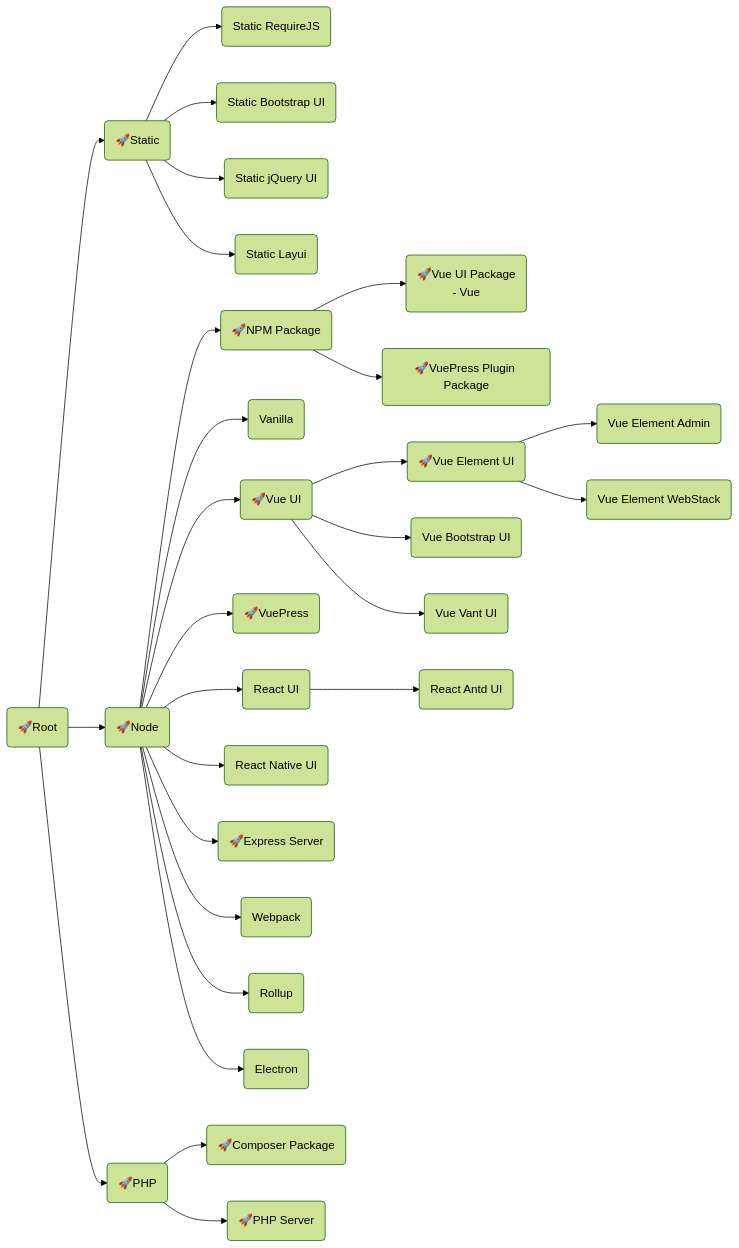
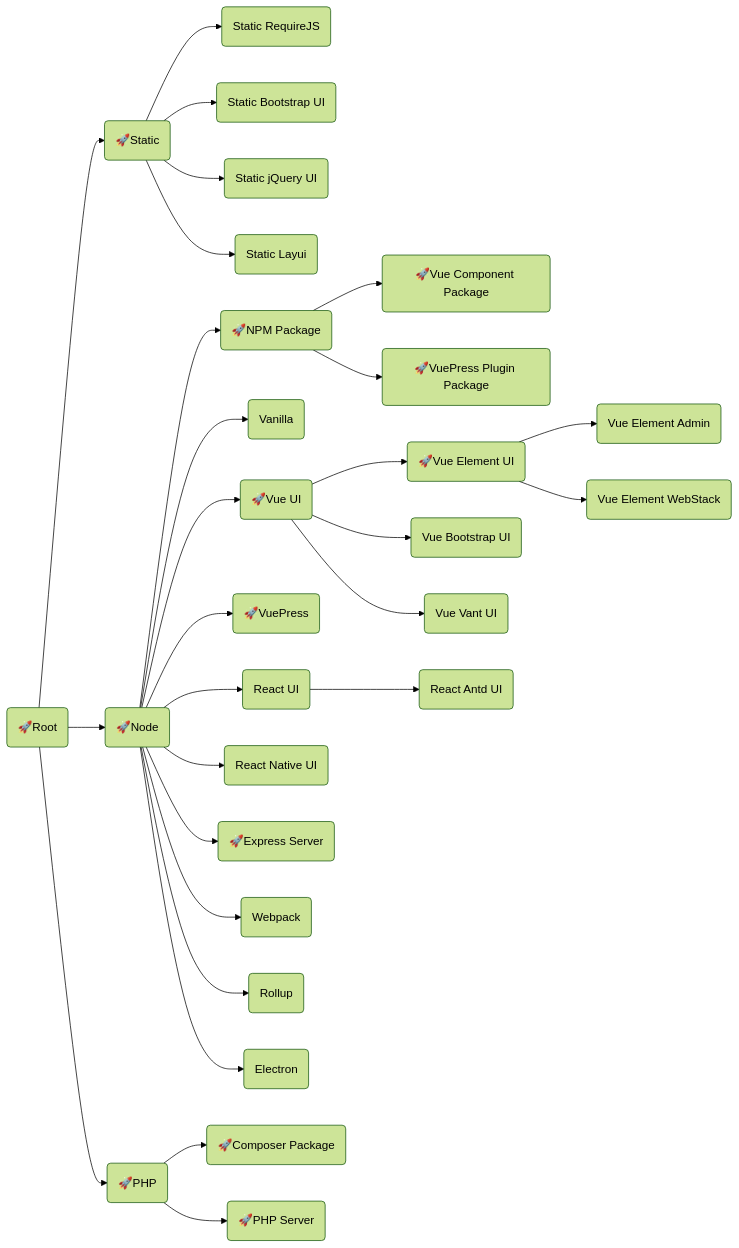
Before and after one commit to langnang-templates/.github: the diagram in profile/README.md, drawn with Mermaid (forest theme).

````diff
--- a/profile/README.md
+++ b/profile/README.md
@@ -1,46 +1,46 @@
 ```mermaid
 flowchart LR
 Root("🚀Root")
 	click Root "https://github.com/langnang-temp/root"
 
 Root-->Static("🚀Static")
 	click Static "https://github.com/langnang-temp/static"
 	Static-->Static_RequireJS("Static RequireJS")
 	Static-->Static_Bootstrap_UI("Static Bootstrap UI")
 	Static-->Static_jQuery_UI("Static jQuery UI")
 	Static-->Static_Layui("Static Layui")
 Root-->Node("🚀Node")
 	click Node "https://github.com/langnang-temp/node"
 	Node-->NPM_Package("🚀NPM Package")
 		click NPM_Package "https://github.com/langnang-temp/npm-package"
-		NPM_Package-->Vue_UI_Package("🚀Vue UI Package \n- Vue ")
+		NPM_Package-->Vue_UI_Package("🚀Vue Component Package")
 			click Vue_UI_Package "https://github.com/langnang-temp/vue-ui-package"
 		NPM_Package-->VuePress_Plugin_Package("🚀VuePress Plugin Package")
 			click VuePress_Plugin_Package "https://github.com/langnang-temp/vuepress-plugin-package"
 	Node-->Vanilla("Vanilla")
 	Node-->Vue_UI("🚀Vue UI")
 		click Vue_UI "https://github.com/langnang-temp/vue-ui"
 		Vue_UI-->Vue_Element_UI("🚀Vue Element UI")
 			click Vue_Element_UI "https://github.com/langnang-temp/vue-element-ui"
 			Vue_Element_UI-->Vue_Element_Admin("Vue Element Admin")
 			Vue_Element_UI-->Vue_Element_WebStack("Vue Element WebStack")
 		Vue_UI-->Vue_Bootstrap_UI("Vue Bootstrap UI")
 		Vue_UI-->Vue_Vant_UI("Vue Vant UI")
 	Node-->VuePress("🚀VuePress")
 		click VuePress "https://github.com/langnang-temp/vuepress"
 	Node-->React_UI("React UI")
 		React_UI-->React_Antd_UI("React Antd UI")
 	Node-->React_Native_UI("React Native UI")
 	Node-->Express_Server("🚀Express Server")
 		click Express_Server "https://github.com/langnang-temp/express-server"
 	Node-->Webpack("Webpack")
 	Node-->Rollup("Rollup")
 	Node-->Electron("Electron")
 
 Root-->PHP("🚀PHP")
 	click PHP "https://github.com/langnang-temp/php"
 	PHP-->Composer_Package("🚀Composer Package")
 	click Composer_Package "https://github.com/langnang-temp/composer-package"
 	PHP-->PHP_Server("🚀PHP Server")
 		click PHP_Server "https://github.com/langnang-temp/php-server"
 ```
````
